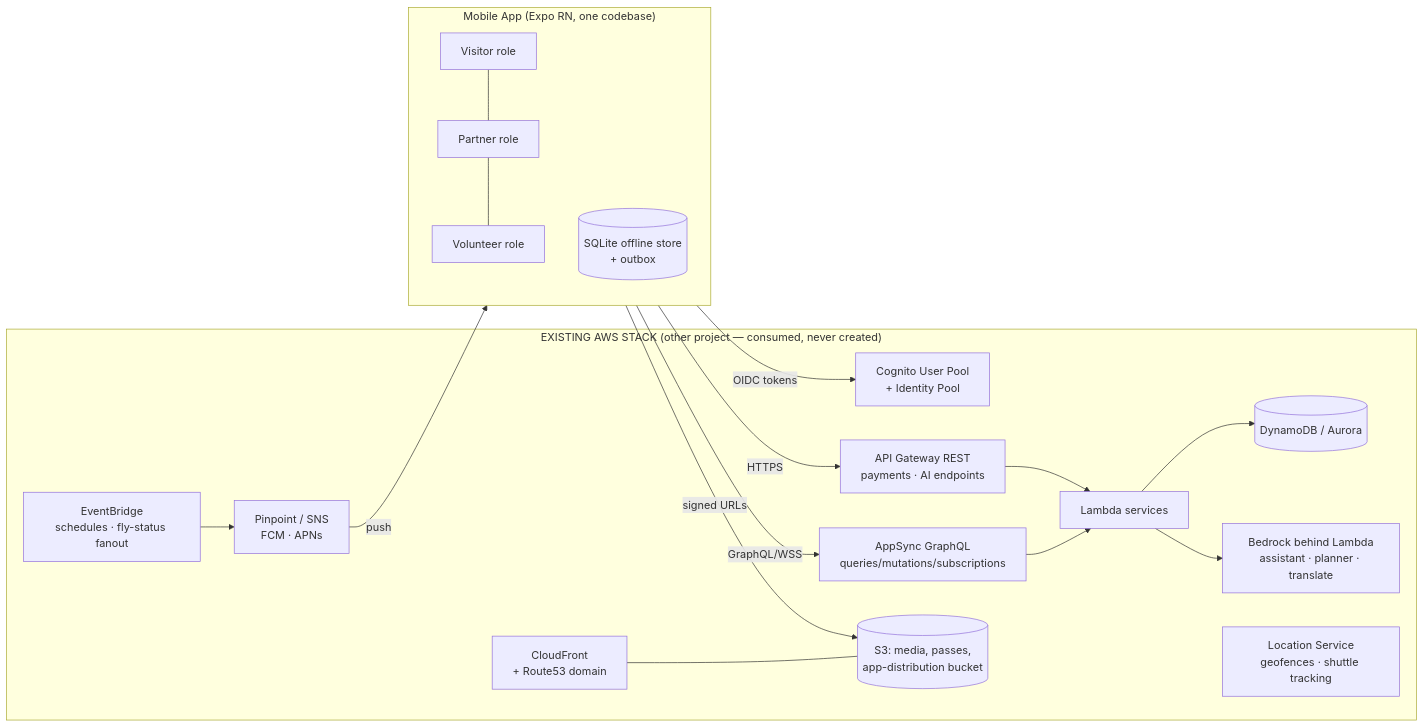
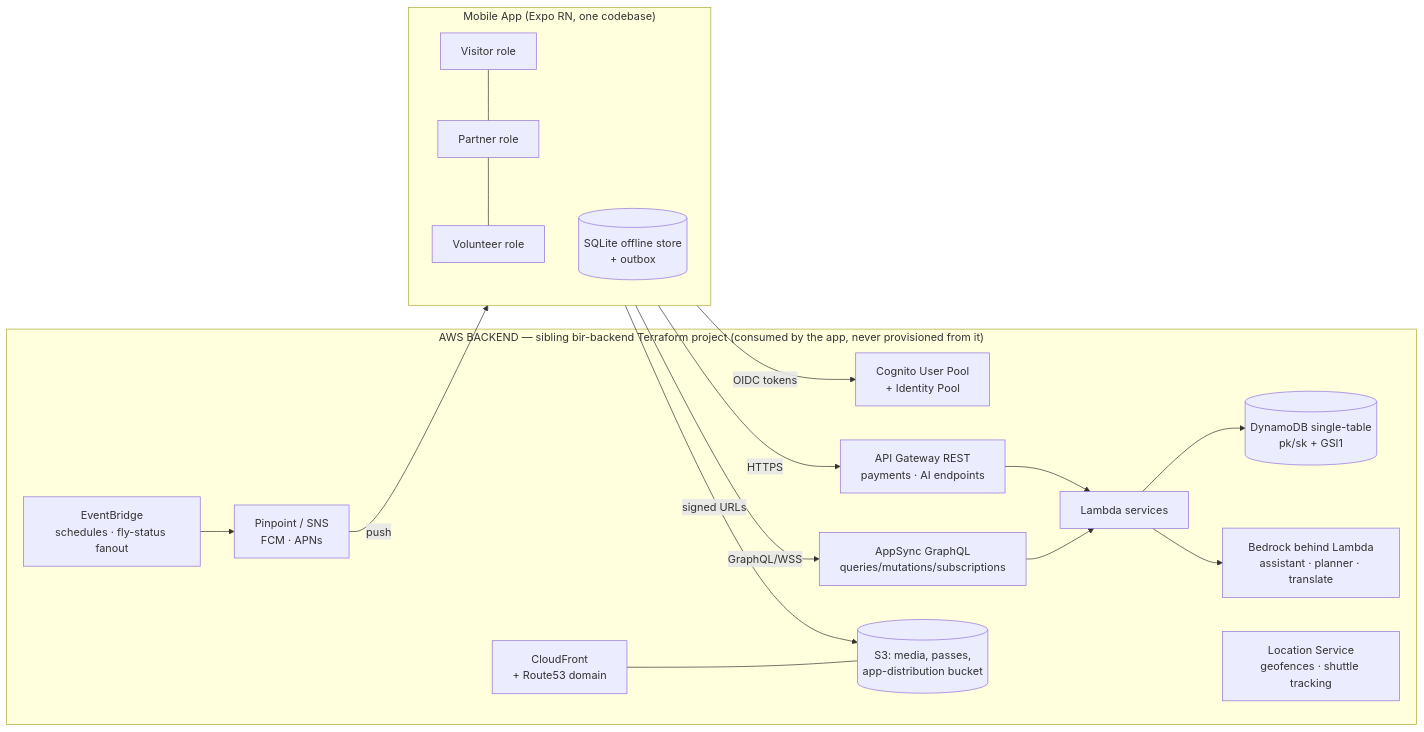
The diagram in TGHEF-2026/bir-mobile/docs/ARCHITECTURE.md (sankat447/company-demos), drawn with Mermaid before and after one commit. The commit also changed other lines of this file and 1 other file, not shown here.

First line of the commit message:
docs: revise ARCHITECTURE + IMPLEMENTATION_PLAN to current reality

````diff
--- a/TGHEF-2026/bir-mobile/docs/ARCHITECTURE.md
+++ b/TGHEF-2026/bir-mobile/docs/ARCHITECTURE.md
@@ -18,29 +31,29 @@
 ```mermaid
 flowchart LR
   subgraph Device["Mobile App (Expo RN, one codebase)"]
     V[Visitor role] --- P[Partner role] --- W[Volunteer role]
     OFF[(SQLite offline store\n+ outbox)]
   end
 
-  subgraph AWS["EXISTING AWS STACK (other project — consumed, never created)"]
+  subgraph AWS["AWS BACKEND — sibling bir-backend Terraform project (consumed by the app, never provisioned from it)"]
     COG[Cognito User Pool\n+ Identity Pool]
     GQL[AppSync GraphQL\nqueries/mutations/subscriptions]
     REST[API Gateway REST\npayments · AI endpoints]
     L[Lambda services]
-    DB[(DynamoDB / Aurora)]
+    DB[(DynamoDB single-table\npk/sk + GSI1)]
     S3[(S3: media, passes,\napp-distribution bucket)]
     CF[CloudFront\n+ Route53 domain]
     PIN[Pinpoint / SNS\nFCM · APNs]
     BR[Bedrock behind Lambda\nassistant · planner · translate]
     EVB[EventBridge\nschedules · fly-status fanout]
     LOC[Location Service\ngeofences · shuttle tracking]
   end
 
   Device -- OIDC tokens --> COG
   Device -- GraphQL/WSS --> GQL --> L --> DB
   Device -- HTTPS --> REST --> L --> BR
   Device -- signed URLs --> S3
   PIN -- push --> Device
   EVB --> PIN
   CF --- S3
 ```
````
